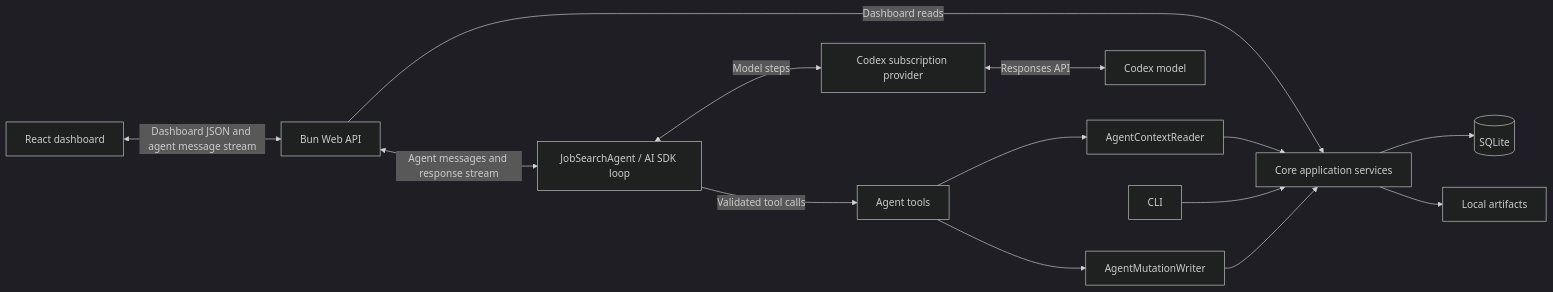
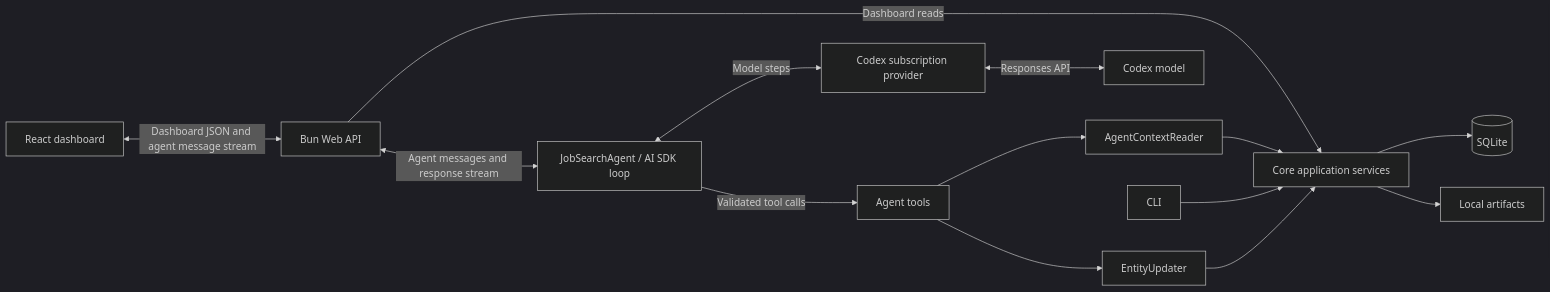
The diagram in docs/architecture/overview.md (paulmccallick/gig-finder), drawn with Mermaid (dark theme) before and after one commit. The commit also changed 15 other files, not shown here.

````diff
--- a/docs/architecture/overview.md
+++ b/docs/architecture/overview.md
@@ -5,16 +5,16 @@
 ```mermaid
 flowchart LR
   Dashboard[React dashboard] <-->|Dashboard JSON and agent message stream| API[Bun Web API]
   API -->|Dashboard reads| Core[Core application services]
   API <-->|Agent messages and response stream| Agent[JobSearchAgent / AI SDK loop]
   Agent <-->|Model steps| Provider[Codex subscription provider]
   Provider <-->|Responses API| Model[Codex model]
   Agent -->|Validated tool calls| Tools[Agent tools]
   Tools --> Reader[AgentContextReader]
-  Tools --> Writer[AgentMutationWriter]
+  Tools --> Writer[EntityUpdater]
   Reader --> Core
   Writer --> Core
   CLI[CLI] --> Core
   Core --> SQLite[(SQLite)]
   Core --> Artifacts[Local artifacts]
 ```
````
